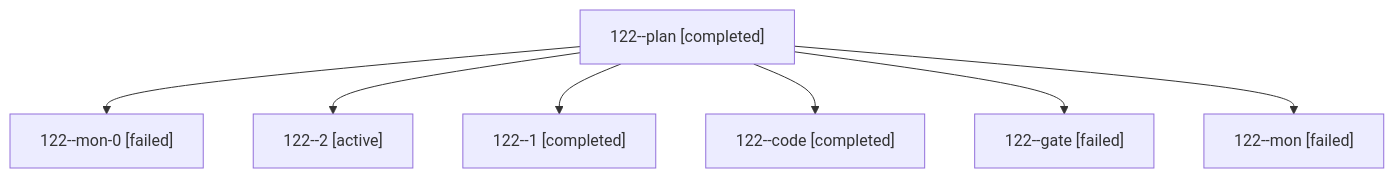
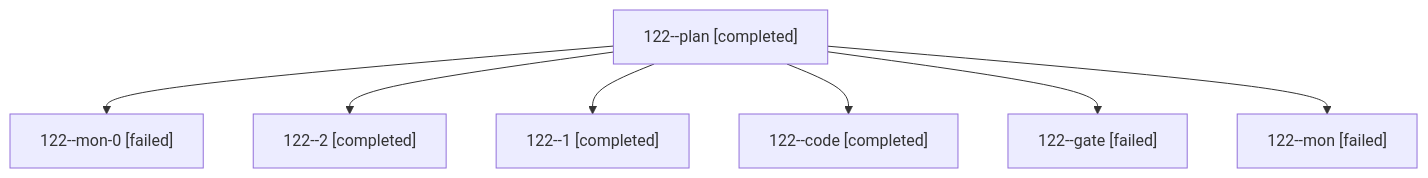
Before and after one commit to bobs-org/bob-cli--agents: the diagram in sessions/bbugyi200.athena.122.md, drawn with Mermaid. The commit also changed other lines of this file and 17 other files, not shown here.

````diff
--- a/sessions/bbugyi200.athena.122.md
+++ b/sessions/bbugyi200.athena.122.md
@@ -9,16 +9,16 @@
 ```mermaid
 flowchart TD
   n0["122--plan [completed]"]
   n1["122--mon-0 [failed]"]
   n0 --> n1
-  n2["122--2 [active]"]
+  n2["122--2 [completed]"]
   n0 --> n2
   n3["122--1 [completed]"]
   n0 --> n3
   n4["122--code [completed]"]
   n0 --> n4
   n5["122--gate [failed]"]
   n0 --> n5
   n6["122--mon [failed]"]
   n0 --> n6
 ```
````
